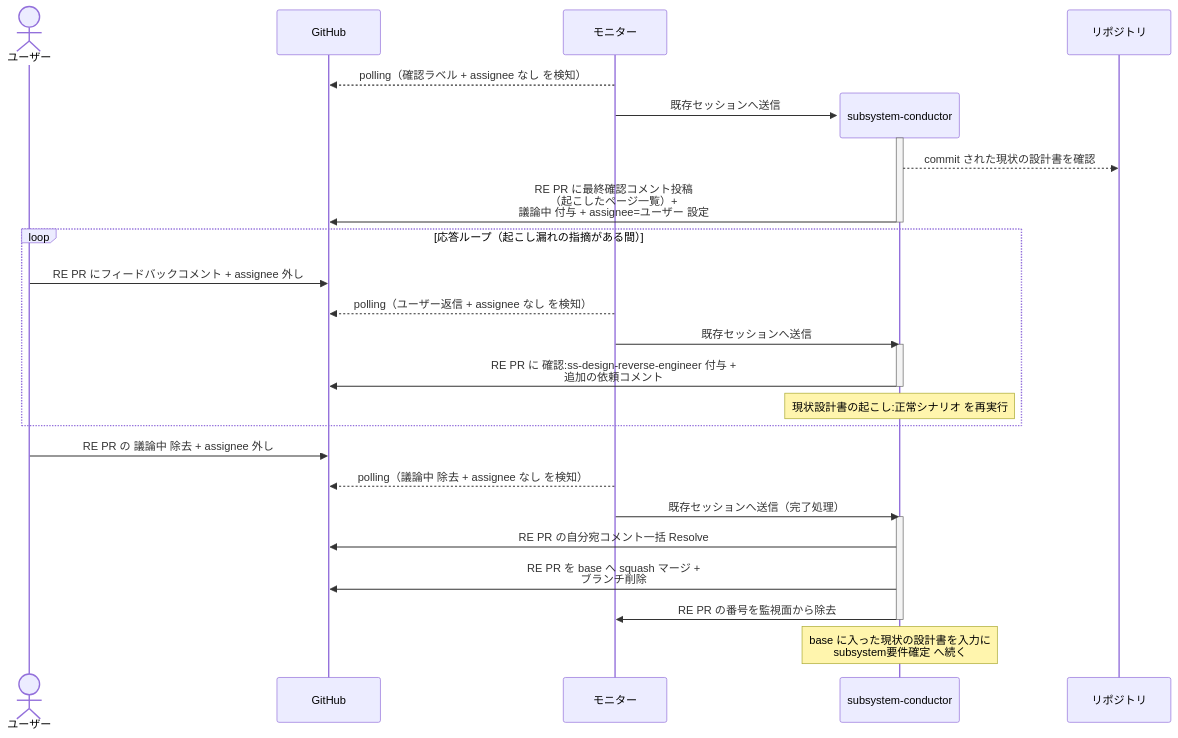
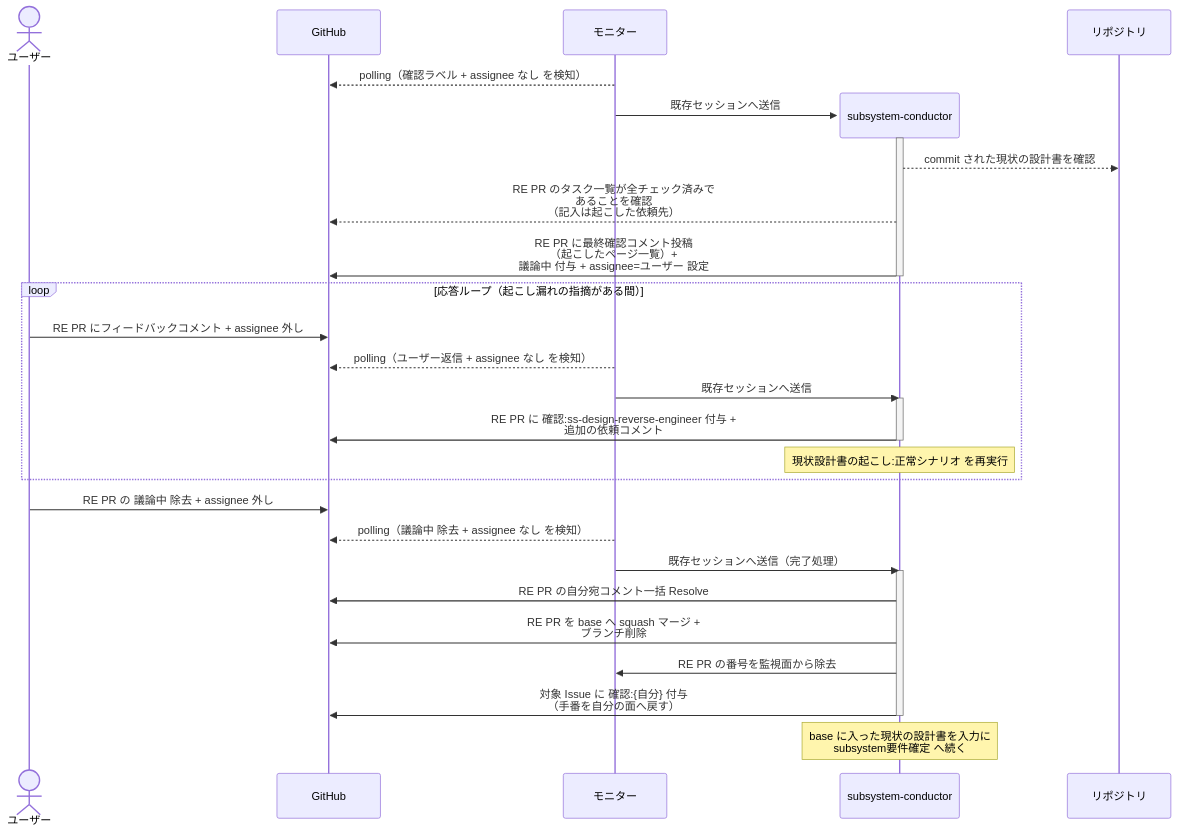
Before and after one commit to shuhei1101/ai-monitor: the second of 3 diagrams in docs/wiki/設計図/シナリオ/単一ユースケース/リバースエンジニアリング起動.md, drawn with Mermaid. The commit also changed other lines of this file and 77 other files, not shown here.

````diff
--- a/docs/wiki/設計図/シナリオ/単一ユースケース/リバースエンジニアリング起動.md
+++ b/docs/wiki/設計図/シナリオ/単一ユースケース/リバースエンジニアリング起動.md
@@ -117,35 +79,37 @@
 ```mermaid
 sequenceDiagram
   actor U as ユーザー
   participant GH as GitHub
   participant ORC as モニター
 
   ORC-->>GH: polling（確認ラベル + assignee なし を検知）
   create participant MON as subsystem-conductor
   ORC->>MON: 既存セッションへ送信
   activate MON
   participant REPO as リポジトリ
   MON-->>REPO: commit された現状の設計書を確認
+  MON-->>GH: RE PR のタスク一覧が全チェック済みで<br>あることを確認<br>（記入は起こした依頼先）
   MON->>GH: RE PR に最終確認コメント投稿<br>（起こしたページ一覧）+<br>議論中 付与 + assignee=ユーザー 設定
   deactivate MON
 
   loop 応答ループ（起こし漏れの指摘がある間）
     U->>GH: RE PR にフィードバックコメント + assignee 外し
     ORC-->>GH: polling（ユーザー返信 + assignee なし を検知）
     ORC->>MON: 既存セッションへ送信
     activate MON
     MON->>GH: RE PR に 確認:ss-design-reverse-engineer 付与 +<br>追加の依頼コメント
     deactivate MON
     Note over MON: 現状設計書の起こし:正常シナリオ を再実行
   end
 
   U->>GH: RE PR の 議論中 除去 + assignee 外し
   ORC-->>GH: polling（議論中 除去 + assignee なし を検知）
   ORC->>MON: 既存セッションへ送信（完了処理）
   activate MON
   MON->>GH: RE PR の自分宛コメント一括 Resolve
   MON->>GH: RE PR を base へ squash マージ +<br>ブランチ削除
   MON->>ORC: RE PR の番号を監視面から除去
+  MON->>GH: 対象 Issue に 確認:{自分} 付与<br>（手番を自分の面へ戻す）
   deactivate MON
   Note over MON: base に入った現状の設計書を入力に<br>subsystem要件確定 へ続く
 ```
````
